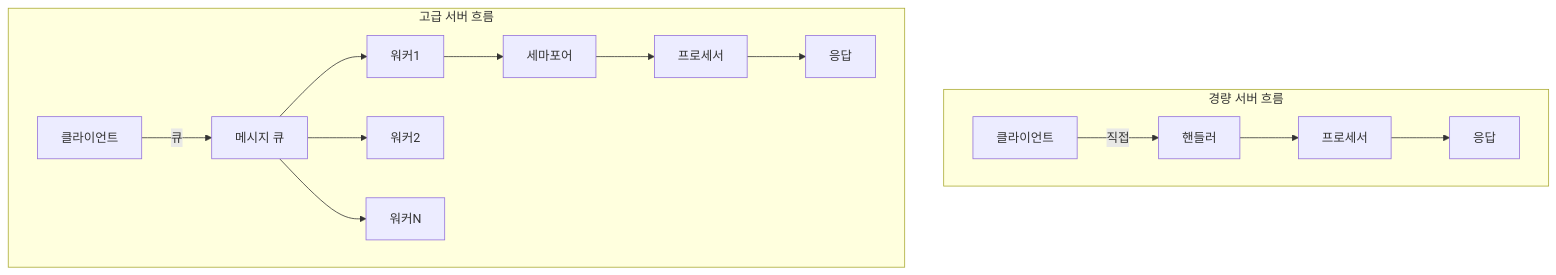
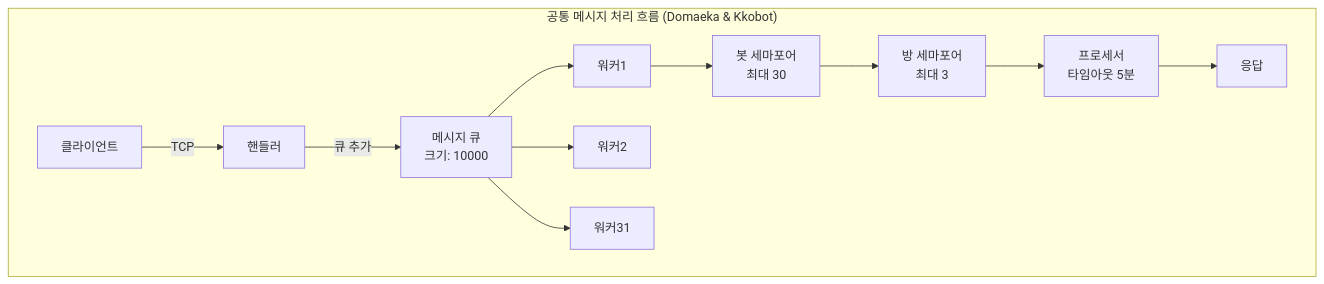
The diagram in docs/process/05-discussion/250714-클라이언트서버안정성2차점검.md (wangtae/domaeka), drawn with Mermaid before and after one commit. The commit also changed other lines of this file, not shown here.

````diff
--- a/docs/process/05-discussion/250714-클라이언트서버안정성2차점검.md
+++ b/docs/process/05-discussion/250714-클라이언트서버안정성2차점검.md
@@ -123,18 +130,14 @@
 ```mermaid
 graph TD
-    subgraph "경량 서버 흐름"
-        C1[클라이언트] -->|직접| H1[핸들러]
-        H1 --> P1[프로세서]
-        P1 --> R1[응답]
-    end
-    
-    subgraph "고급 서버 흐름"
-        C2[클라이언트] -->|큐| Q[메시지 큐]
+    subgraph "공통 메시지 처리 흐름 (Domaeka & Kkobot)"
+        C[클라이언트] -->|TCP| H[핸들러]
+        H -->|큐 추가| Q[메시지 큐<br/>크기: 10000]
         Q --> W1[워커1]
         Q --> W2[워커2]
-        Q --> W3[워커N]
-        W1 --> S[세마포어]
-        S --> P2[프로세서]
-        P2 --> R2[응답]
+        Q --> W31[워커31]
+        W1 --> BS[봇 세마포어<br/>최대 30]
+        BS --> RS[방 세마포어<br/>최대 3]
+        RS --> P[프로세서<br/>타임아웃 5분]
+        P --> R[응답]
     end
 ```
````
